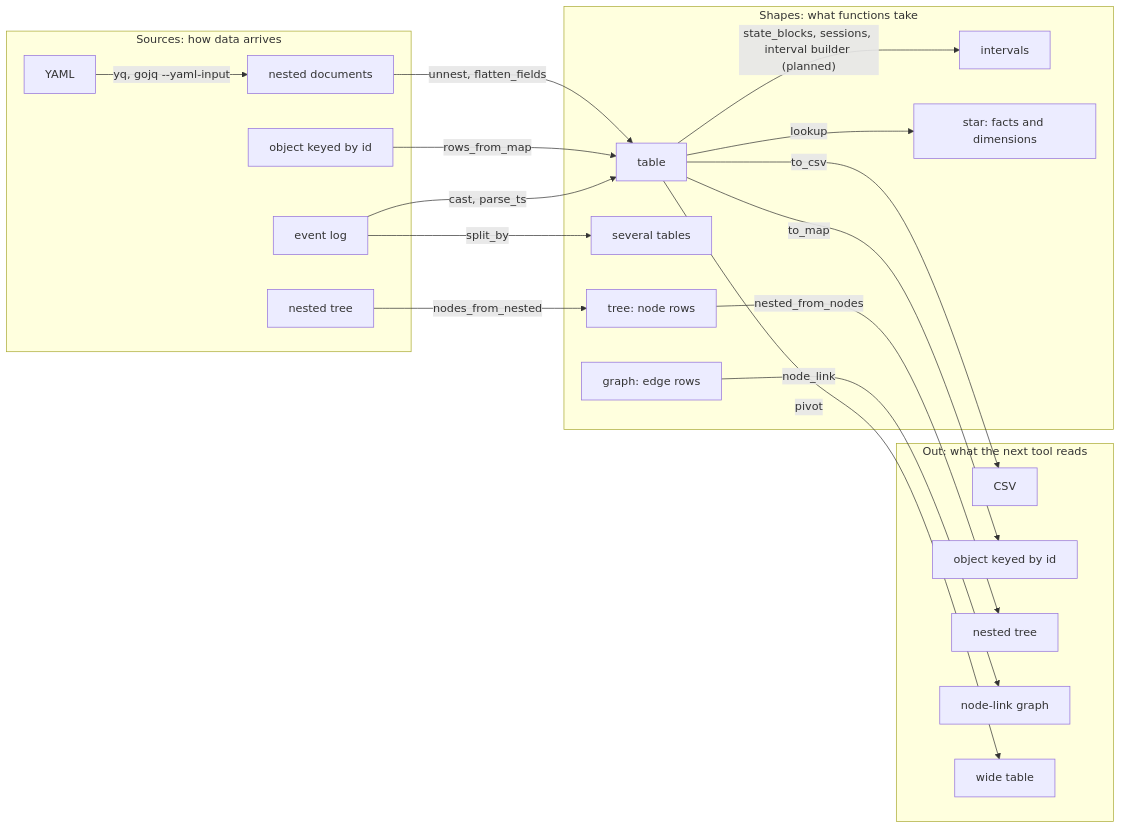
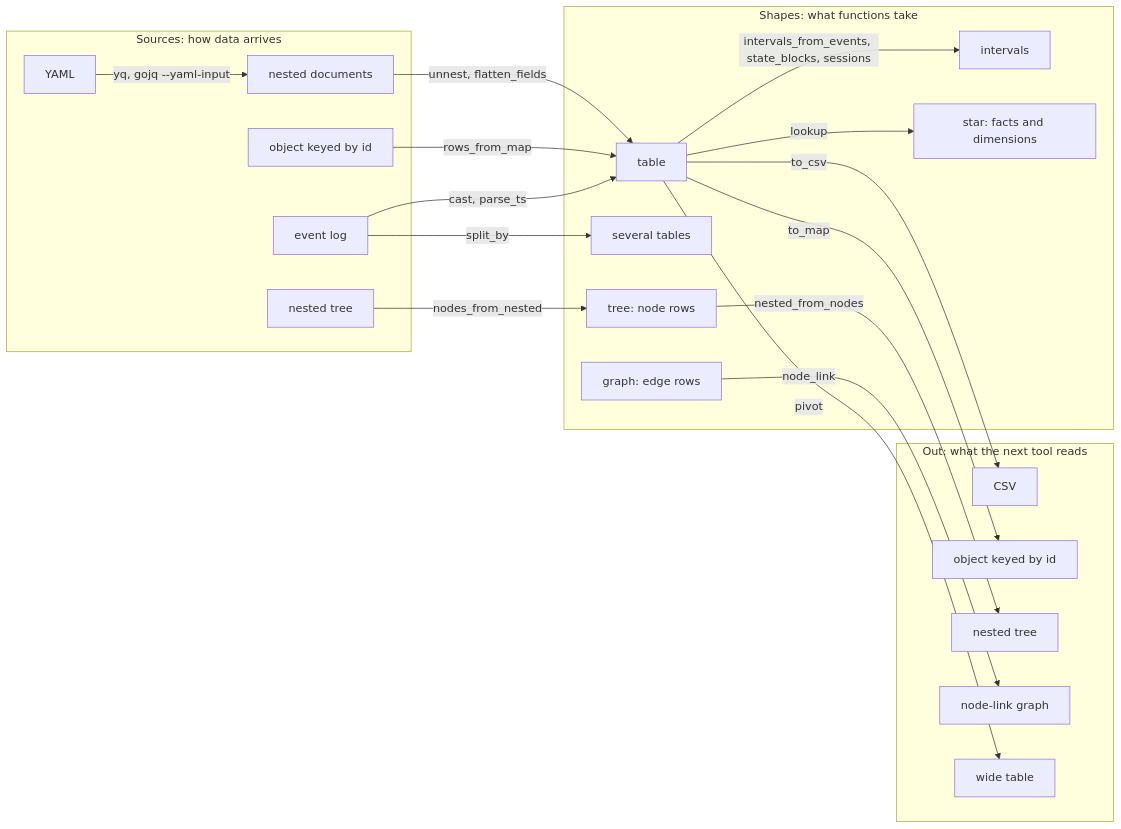
Before and after one commit to kundeng/jq-analytics: the diagram in docs/design/05-shapes.md, drawn with Mermaid. The commit also changed other lines of this file and 23 other files, not shown here.

First line of the commit message:
jq-analytics 0.3.0: validity intervals built from events

````diff
--- a/docs/design/05-shapes.md
+++ b/docs/design/05-shapes.md
@@ -11,38 +9,38 @@
 ```mermaid
 flowchart LR
   subgraph sources [Sources: how data arrives]
     N[nested documents]
     K[object keyed by id]
     E[event log]
     Y[YAML]
     X[nested tree]
   end
   subgraph shapes [Shapes: what functions take]
     T[table]
     S[several tables]
     I[intervals]
     TR[tree: node rows]
     G[graph: edge rows]
     ST[star: facts and dimensions]
   end
   subgraph out [Out: what the next tool reads]
     CSV[CSV]
     MAP[object keyed by id]
     NT[nested tree]
     NL[node-link graph]
     W[wide table]
   end
   Y -- "yq, gojq --yaml-input" --> N
   N -- "unnest, flatten_fields" --> T
   K -- "rows_from_map" --> T
   X -- "nodes_from_nested" --> TR
   E -- "cast, parse_ts" --> T
   E -- "split_by" --> S
-  T -- "state_blocks, sessions, interval builder (planned)" --> I
+  T -- "intervals_from_events, state_blocks, sessions" --> I
   T -- "lookup" --> ST
   T -- "to_csv" --> CSV
   T -- "to_map" --> MAP
   T -- "pivot" --> W
   TR -- "nested_from_nodes" --> NT
   G -- "node_link" --> NL
 ```
````
